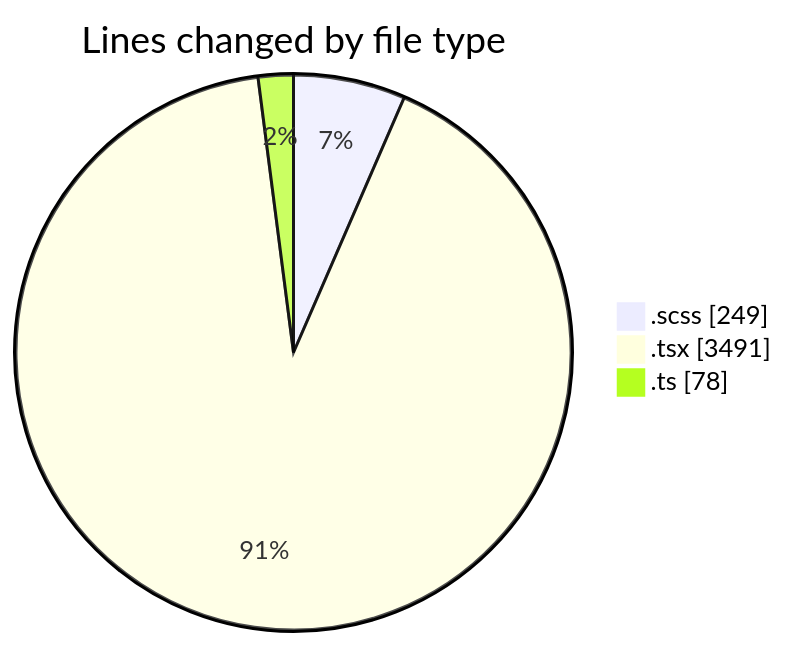
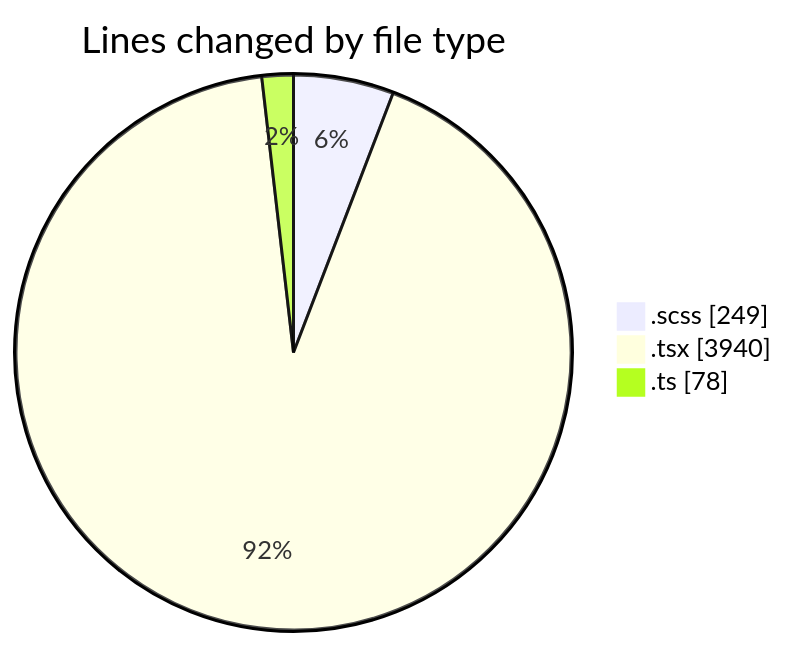
One commit to momahboobian/code-tracking changed the first of 2 diagrams in 2025-09-26/cda/README.md. Above: the diagram before and after it, drawn with Mermaid. The commit also changed other lines of this file and 1 other file, not shown here.

````diff
--- a/2025-09-26/cda/README.md
+++ b/2025-09-26/cda/README.md
@@ -24,7 +25,7 @@
 ```mermaid
 pie showData
 title Lines changed by file type
 ".scss" : 249
-".tsx" : 3491
+".tsx" : 3940
 ".ts" : 78
 ```
````
